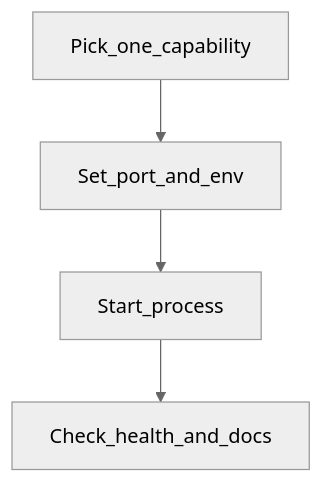
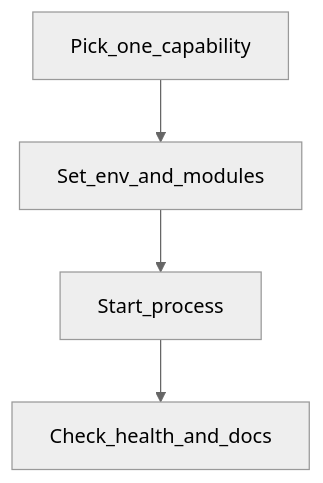
The diagram in docs/user-guide/operator-setup.md (felixzhu97/explore-ml), drawn with Mermaid (neutral theme) before and after one commit. The commit also changed other lines of this file and 22 other files, not shown here.

````diff
--- a/docs/user-guide/operator-setup.md
+++ b/docs/user-guide/operator-setup.md
@@ -60,8 +70,8 @@
 ```mermaid
 flowchart TB
   Pick[Pick_one_capability]
-  Port[Set_port_and_env]
+  Env[Set_env_and_modules]
   Run[Start_process]
   Health[Check_health_and_docs]
-  Pick --> Port --> Run --> Health
+  Pick --> Env --> Run --> Health
 ```
````
